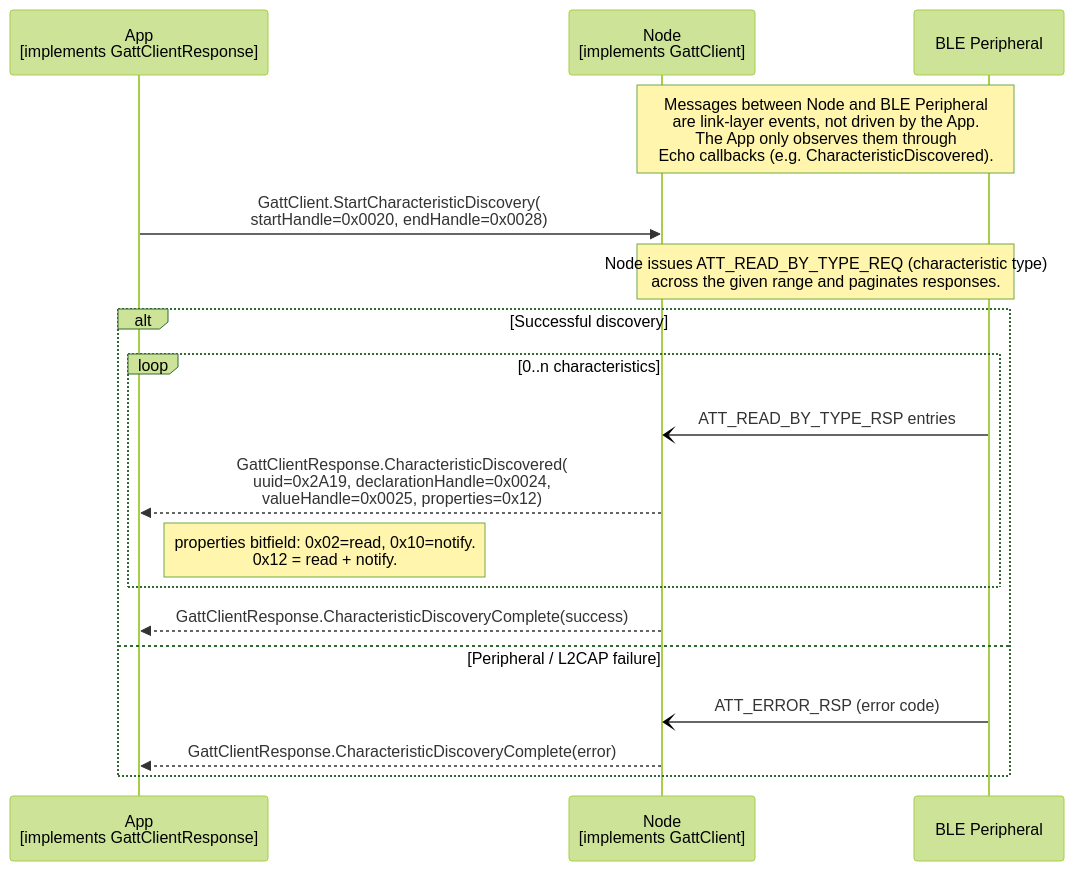
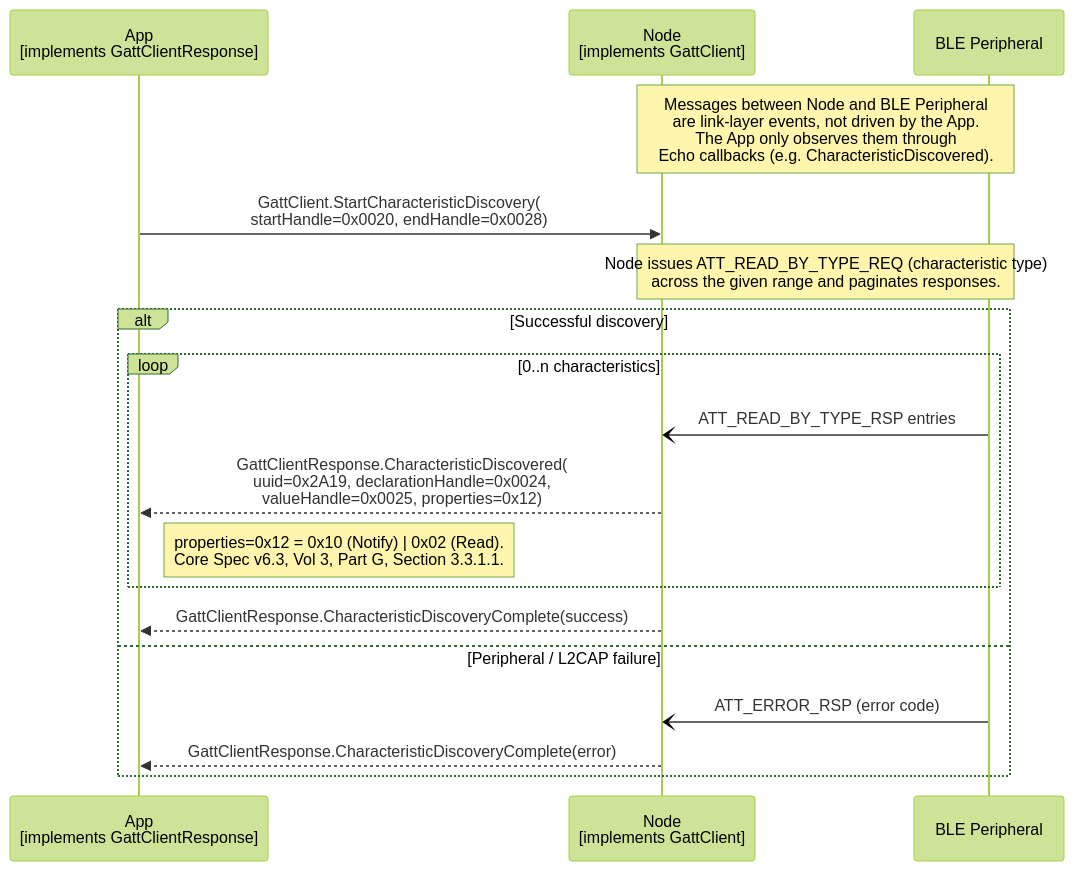
The diagram in documents/modules/ROOT/partials/echoservices/gatt_client/GattClient_StartCharacteristicDiscovery_sequence.mmd (philips-software/amp-embedded-infra-lib), drawn with Mermaid (forest theme) before and after one commit. The commit also changed 11 other files, not shown here.

```diff
--- a/documents/modules/ROOT/partials/echoservices/gatt_client/GattClient_StartCharacteristicDiscovery_sequence.mmd
+++ b/documents/modules/ROOT/partials/echoservices/gatt_client/GattClient_StartCharacteristicDiscovery_sequence.mmd
@@ -1,21 +1,21 @@
 sequenceDiagram
     participant App as App<br>[implements GattClientResponse]
     participant Node as Node<br>[implements GattClient]
     participant Peripheral as BLE Peripheral
 
     Note over Node, Peripheral: Messages between Node and BLE Peripheral<br>are link-layer events, not driven by the App.<br>The App only observes them through<br>Echo callbacks (e.g. CharacteristicDiscovered).
 
     App->>Node: GattClient.StartCharacteristicDiscovery(<br>startHandle=0x0020, endHandle=0x0028)
     Note over Node, Peripheral: Node issues ATT_READ_BY_TYPE_REQ (characteristic type)<br>across the given range and paginates responses.
 
     alt Successful discovery
         loop 0..n characteristics
             Peripheral-)Node: ATT_READ_BY_TYPE_RSP entries
             Node-->>App: GattClientResponse.CharacteristicDiscovered(<br>uuid=0x2A19, declarationHandle=0x0024,<br>valueHandle=0x0025, properties=0x12)
-            Note right of App: properties bitfield: 0x02=read, 0x10=notify.<br>0x12 = read + notify.
+            Note right of App: properties=0x12 = 0x10 (Notify) | 0x02 (Read).<br>Core Spec v6.3, Vol 3, Part G, Section 3.3.1.1.
         end
         Node-->>App: GattClientResponse.CharacteristicDiscoveryComplete(success)
     else Peripheral / L2CAP failure
         Peripheral-)Node: ATT_ERROR_RSP (error code)
         Node-->>App: GattClientResponse.CharacteristicDiscoveryComplete(error)
     end
```
